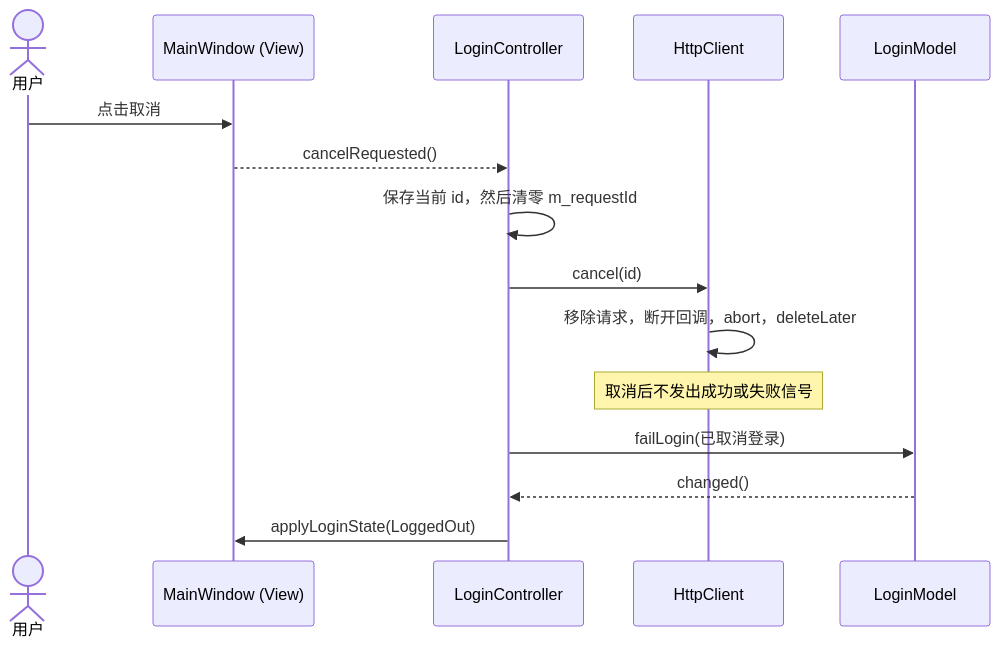
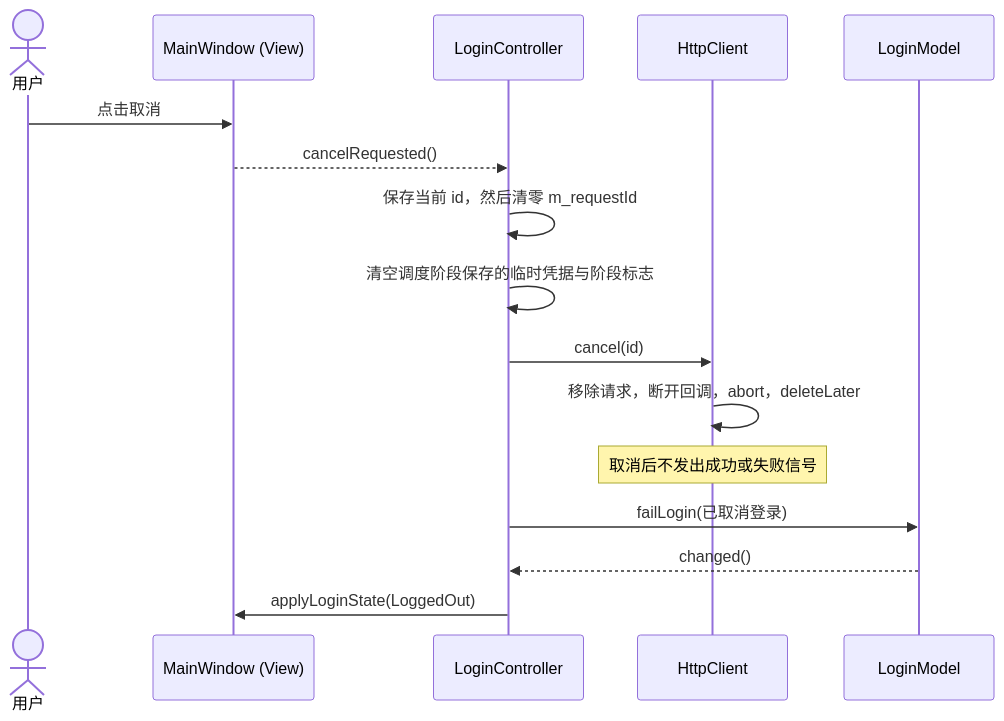
One commit to kingsman-svg/OBS changed the diagram in docs/uml/cancel-login.mmd. Above: the diagram before and after it, drawn with Mermaid. The commit also changed 81 other files, not shown here.

```diff
--- a/docs/uml/cancel-login.mmd
+++ b/docs/uml/cancel-login.mmd
@@ -1,15 +1,16 @@
 sequenceDiagram
 actor U as 用户
 participant V as MainWindow (View)
 participant C as LoginController
 participant H as HttpClient
 participant M as LoginModel
 U->>V: 点击取消
 V-->>C: cancelRequested()
 C->>C: 保存当前 id，然后清零 m_requestId
+C->>C: 清空调度阶段保存的临时凭据与阶段标志
 C->>H: cancel(id)
 H->>H: 移除请求，断开回调，abort，deleteLater
 Note over H: 取消后不发出成功或失败信号
 C->>M: failLogin(已取消登录)
 M-->>C: changed()
 C->>V: applyLoginState(LoggedOut)
```
